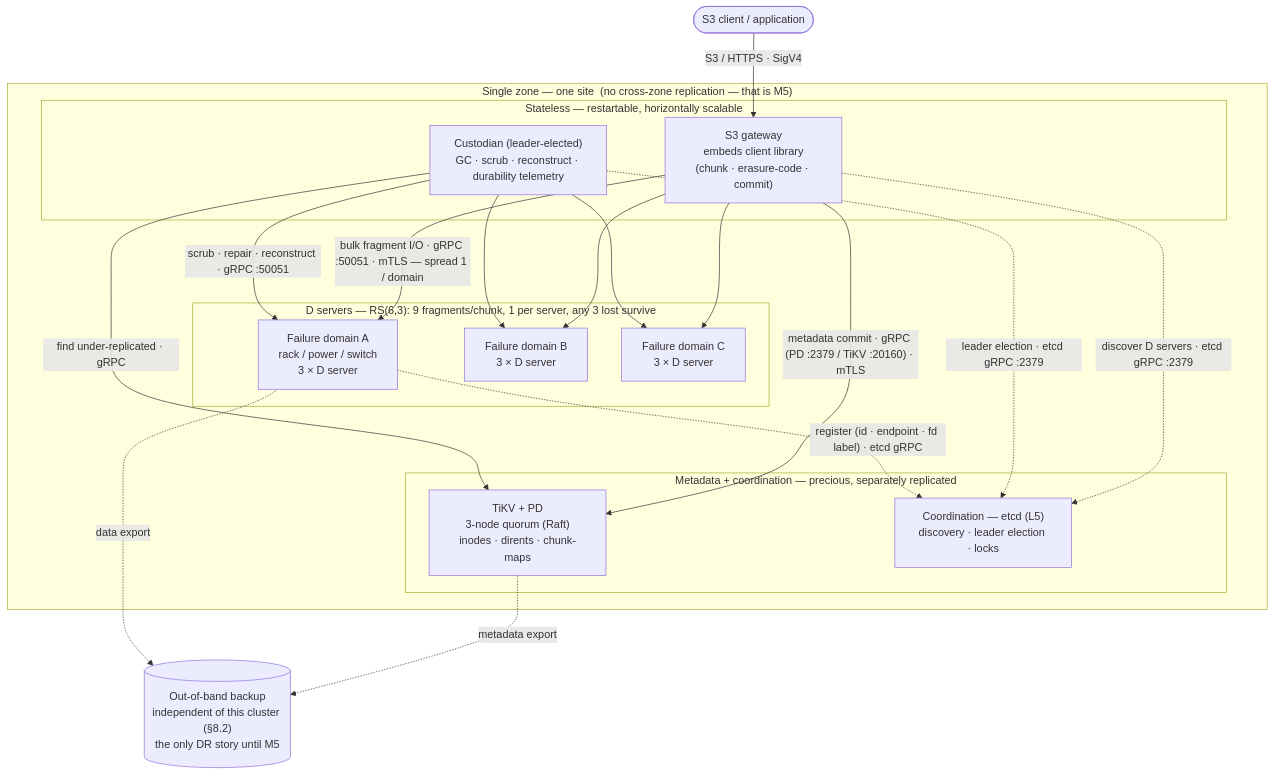
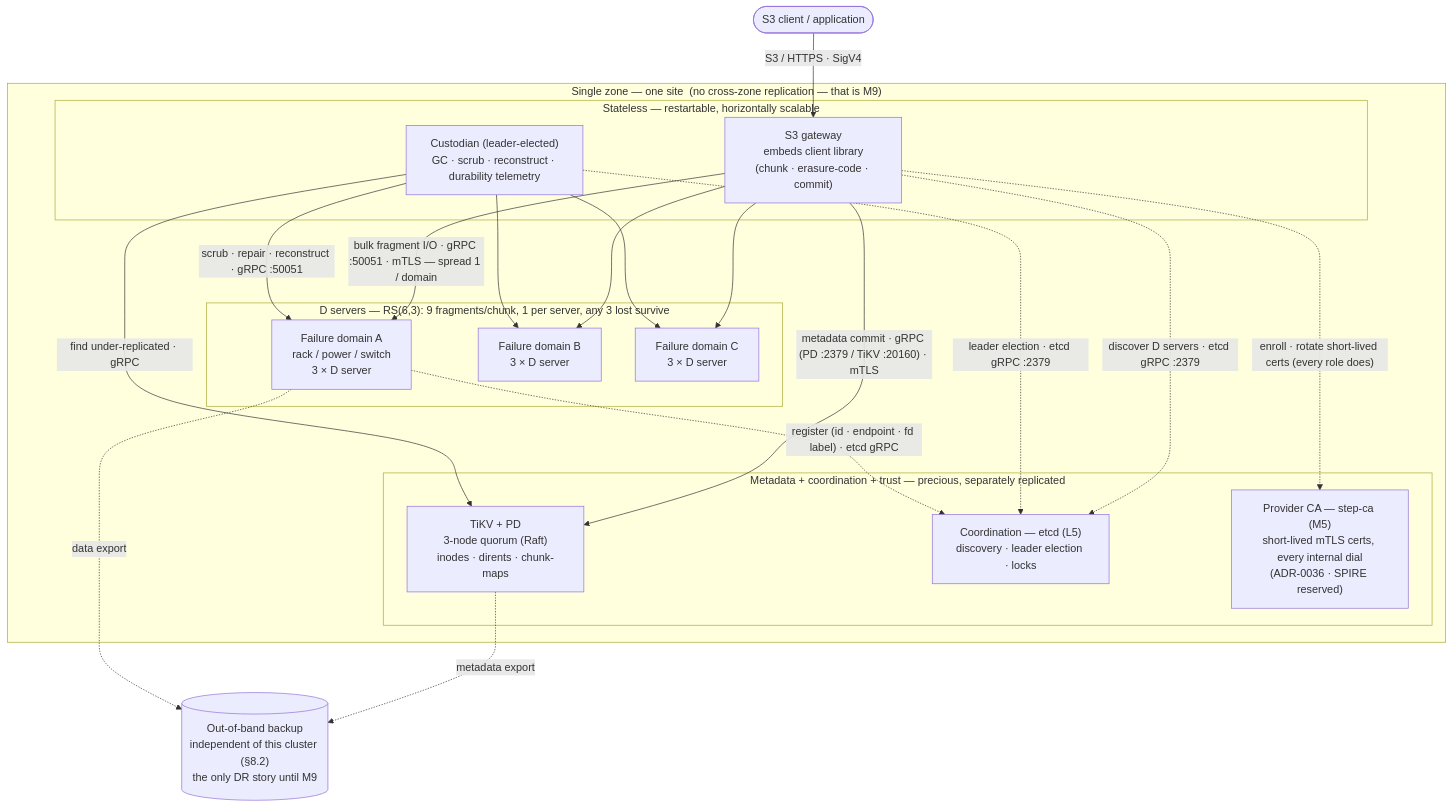
The diagram in docs/design/architecture/diagrams/single-zone-deployment.mermaid (getwyrd/wyrd), drawn with Mermaid before and after one commit. The commit also changed 5 other files, not shown here.

```diff
--- a/docs/design/architecture/diagrams/single-zone-deployment.mermaid
+++ b/docs/design/architecture/diagrams/single-zone-deployment.mermaid
@@ -1,44 +1,48 @@
-%% Single-zone deployment — M4 "Small multi-node" production profile
+%% Single-zone deployment — first-deployment "Small multi-node" production
+%% profile (the M4 data plane plus the M5 trust fabric; the ★ Step-2 release
+%% point is M8 — proposal 0013).
 %% Diagrams as code. Render with any Mermaid renderer.
 %% See 07-deployment-view.md (§7.4) and m4-first-deployment-blueprint.md.
 %% Shape shown: full-strength RS(6,3) — 9 D servers, one fragment per server,
 %% spread across 3 failure domains. The minimum-honest profile (6 D servers,
 %% ~2 fragments/domain, single-fault tolerance) is the same shape with fewer
 %% D servers; see the blueprint's sizing cheat-sheet.
 graph TB
     client(["S3 client / application"])
 
-    subgraph zone["Single zone — one site &nbsp;(no cross-zone replication — that is M5)"]
+    subgraph zone["Single zone — one site &nbsp;(no cross-zone replication — that is M9)"]
         subgraph access["Stateless — restartable, horizontally scalable"]
             gw["S3 gateway<br/>embeds client library<br/>(chunk · erasure-code · commit)"]
             cust["Custodian (leader-elected)<br/>GC · scrub · reconstruct · durability telemetry"]
         end
 
-        subgraph metaplane["Metadata + coordination — precious, separately replicated"]
+        subgraph metaplane["Metadata + coordination + trust — precious, separately replicated"]
             tikv["TiKV + PD<br/>3-node quorum (Raft)<br/>inodes · dirents · chunk-maps"]
             etcd["Coordination — etcd (L5)<br/>discovery · leader election · locks"]
+            ca["Provider CA — step-ca (M5)<br/>short-lived mTLS certs, every internal dial<br/>(ADR-0036 · SPIRE reserved)"]
         end
 
         subgraph storage["D servers — RS(6,3): 9 fragments/chunk, 1 per server, any 3 lost survive"]
             fdA["Failure domain A<br/>rack / power / switch<br/>3 × D server"]
             fdB["Failure domain B<br/>3 × D server"]
             fdC["Failure domain C<br/>3 × D server"]
         end
     end
 
-    backup[("Out-of-band backup<br/>independent of this cluster (§8.2)<br/>the only DR story until M5")]
+    backup[("Out-of-band backup<br/>independent of this cluster (§8.2)<br/>the only DR story until M9")]
 
     client -->|"S3 / HTTPS · SigV4"| gw
     gw -->|"metadata commit · gRPC (PD :2379 / TiKV :20160) · mTLS"| tikv
     gw -->|"bulk fragment I/O · gRPC :50051 · mTLS — spread 1 / domain"| fdA
     gw --> fdB
     gw --> fdC
     gw -.->|"discover D servers · etcd gRPC :2379"| etcd
     cust -->|"scrub · repair · reconstruct · gRPC :50051"| fdA
     cust --> fdB
     cust --> fdC
     cust -->|"find under-replicated · gRPC"| tikv
     cust -.->|"leader election · etcd gRPC :2379"| etcd
     fdA -.->|"register (id · endpoint · fd label) · etcd gRPC"| etcd
+    gw -.->|"enroll · rotate short-lived certs (every role does)"| ca
     tikv -.->|"metadata export"| backup
     fdA -.->|"data export"| backup
```
